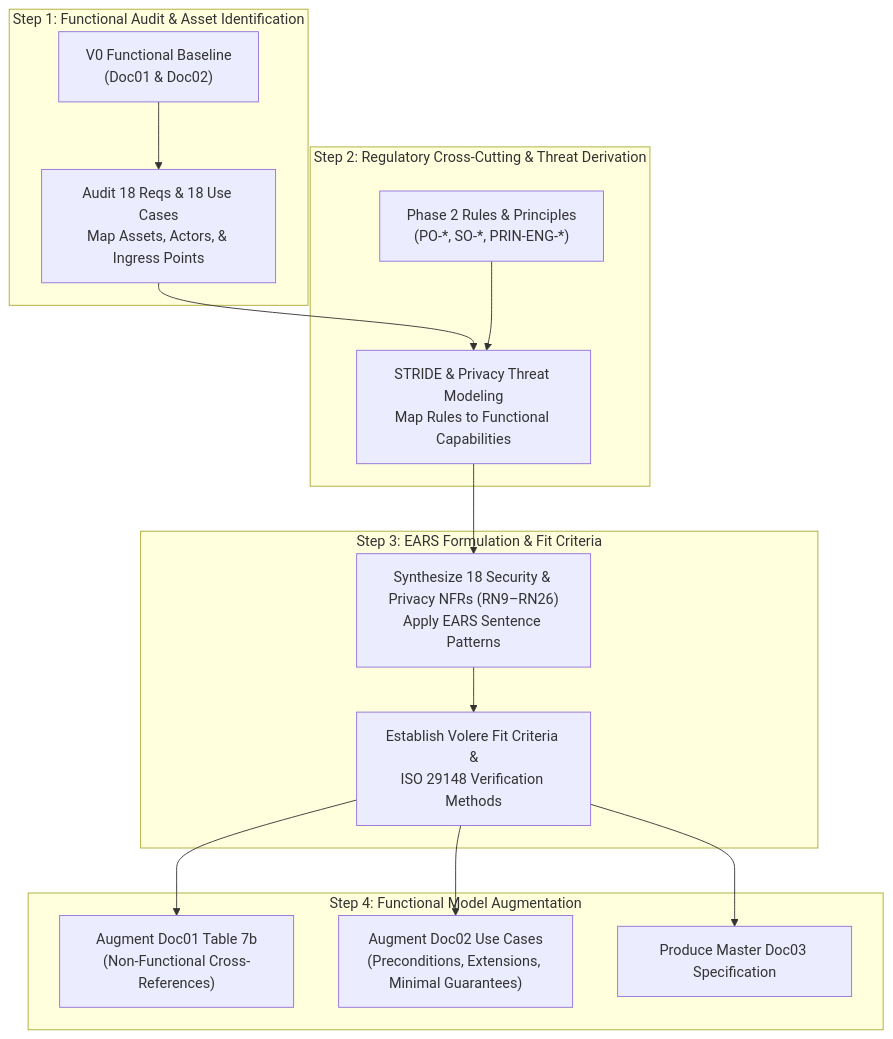
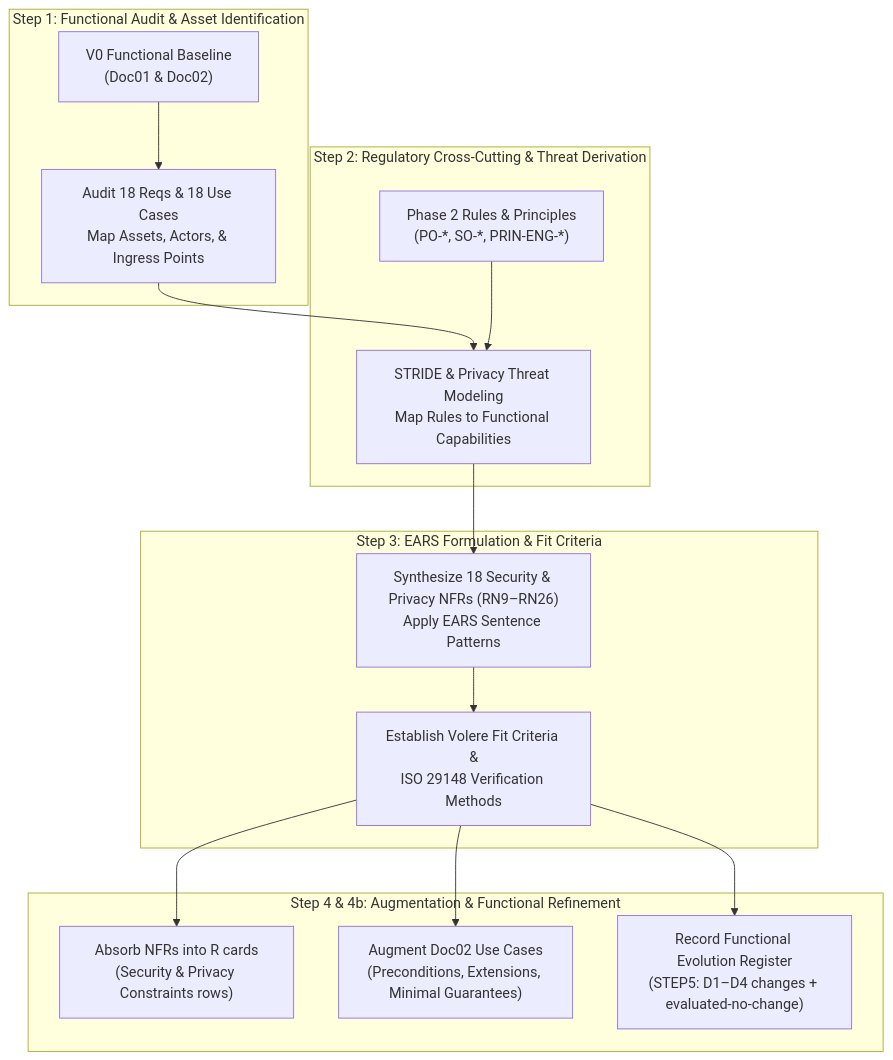
The diagram in cases/Case_01_TinyTask_SaaS/03_PHASE3_SPEC/analysis_v0_to_v1/README.md (pauloribeiro16/aegis-mvp), drawn with Mermaid before and after one commit. The commit also changed other lines of this file and 5 other files, not shown here.

First line of the commit message:
feat(phase3): apply V1 Functional Refinement Pass to Case_01 (19 cards)

````diff
--- a/cases/Case_01_TinyTask_SaaS/03_PHASE3_SPEC/analysis_v0_to_v1/README.md
+++ b/cases/Case_01_TinyTask_SaaS/03_PHASE3_SPEC/analysis_v0_to_v1/README.md
@@ -42,31 +43,31 @@
 ```mermaid
 flowchart TD
     subgraph Step1["Step 1: Functional Audit & Asset Identification"]
         V0_In["V0 Functional Baseline<br>(Doc01 & Doc02)"]
         Audit["Audit 18 Reqs & 18 Use Cases<br>Map Assets, Actors, & Ingress Points"]
         V0_In --> Audit
     end
 
     subgraph Step2["Step 2: Regulatory Cross-Cutting & Threat Derivation"]
         P2_In["Phase 2 Rules & Principles<br>(PO-*, SO-*, PRIN-ENG-*)"]
         Threat["STRIDE & Privacy Threat Modeling<br>Map Rules to Functional Capabilities"]
         Audit --> Threat
         P2_In --> Threat
     end
 
     subgraph Step3["Step 3: EARS Formulation & Fit Criteria"]
         EARS_Draft["Synthesize 18 Security & Privacy NFRs (RN9–RN26)<br>Apply EARS Sentence Patterns"]
         Fit_Criteria["Establish Volere Fit Criteria &<br>ISO 29148 Verification Methods"]
         Threat --> EARS_Draft
         EARS_Draft --> Fit_Criteria
     end
 
-    subgraph Step4["Step 4: Functional Model Augmentation"]
-        Doc01_Aug["Augment Doc01 Table 7b<br>(Non-Functional Cross-References)"]
+    subgraph Step4["Step 4 & 4b: Augmentation & Functional Refinement"]
+        Doc01_Aug["Absorb NFRs into R cards<br>(Security & Privacy Constraints rows)"]
         Doc02_Aug["Augment Doc02 Use Cases<br>(Preconditions, Extensions, Minimal Guarantees)"]
-        Doc03_New["Produce Master Doc03 Specification"]
+        Register["Record Functional Evolution Register<br>(STEP5: D1–D4 changes + evaluated-no-change)"]
         Fit_Criteria --> Doc01_Aug
         Fit_Criteria --> Doc02_Aug
-        Fit_Criteria --> Doc03_New
+        Fit_Criteria --> Register
     end
 ```
````
